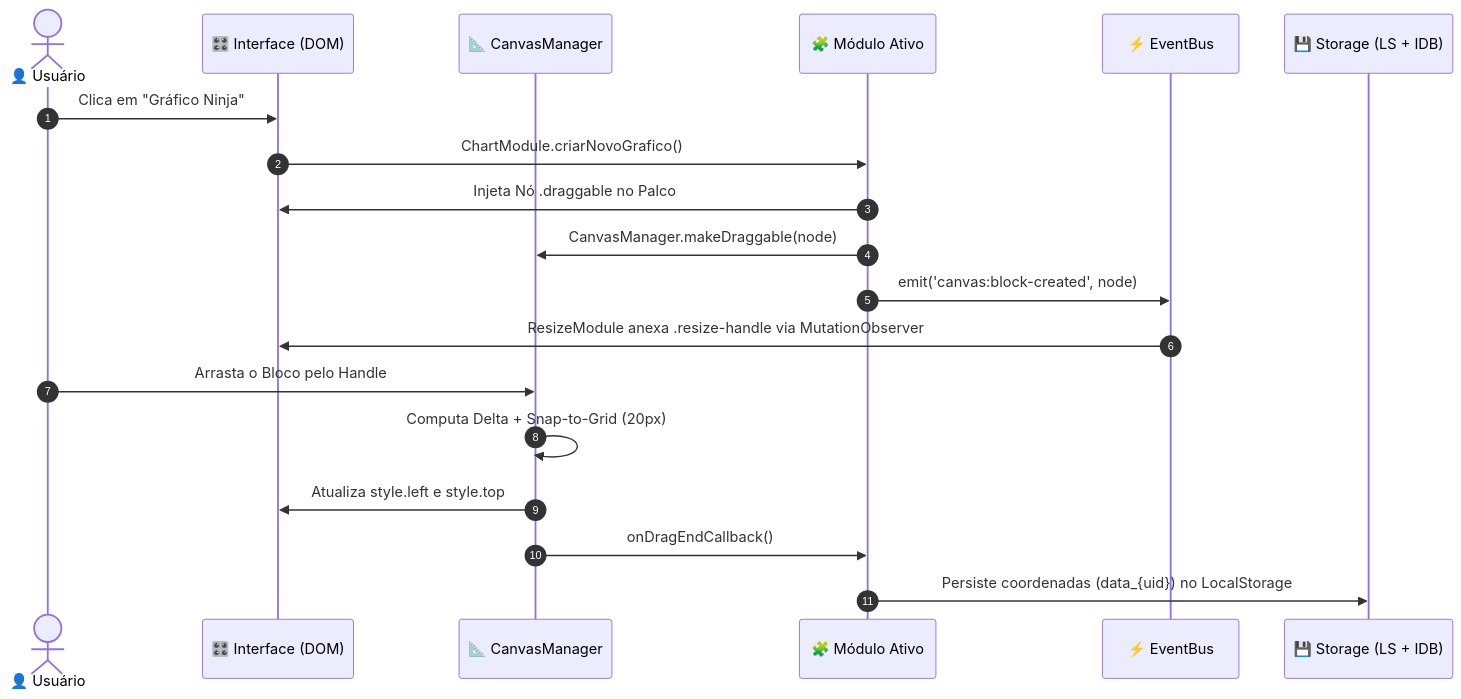
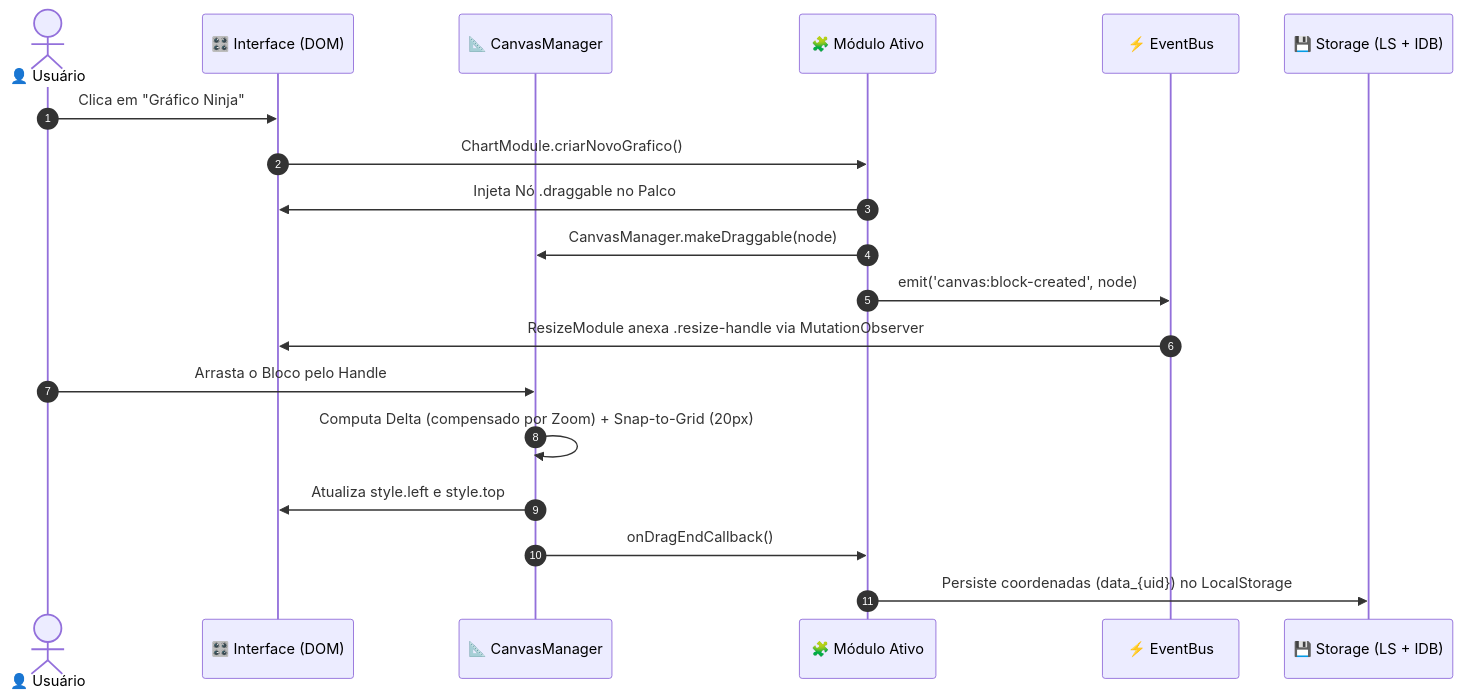
Before and after one commit to SollonSoares/canvas-studio: the second of 2 diagrams in README.md, drawn with Mermaid. The commit also changed other lines of this file, not shown here.

Commit message:
feat: add zoom and export modules with multi-page PDF support and update documentation

````diff
--- a/README.md
+++ b/README.md
@@ -169,23 +173,23 @@
 ```mermaid
 sequenceDiagram
     autonumber
     actor User as 👤 Usuário
     participant UI as 🎛️ Interface (DOM)
     participant CM as 📐 CanvasManager
     participant Module as 🧩 Módulo Ativo
     participant Bus as ⚡ EventBus
     participant Store as 💾 Storage (LS + IDB)
 
     User->>UI: Clica em "Gráfico Ninja"
     UI->>Module: ChartModule.criarNovoGrafico()
     Module->>UI: Injeta Nó .draggable no Palco
     Module->>CM: CanvasManager.makeDraggable(node)
     Module->>Bus: emit('canvas:block-created', node)
     Bus->>UI: ResizeModule anexa .resize-handle via MutationObserver
     
     User->>CM: Arrasta o Bloco pelo Handle
-    CM->>CM: Computa Delta + Snap-to-Grid (20px)
+    CM->>CM: Computa Delta (compensado por Zoom) + Snap-to-Grid (20px)
     CM->>UI: Atualiza style.left e style.top
     CM->>Module: onDragEndCallback()
     Module->>Store: Persiste coordenadas (data_{uid}) no LocalStorage
 ```
````
